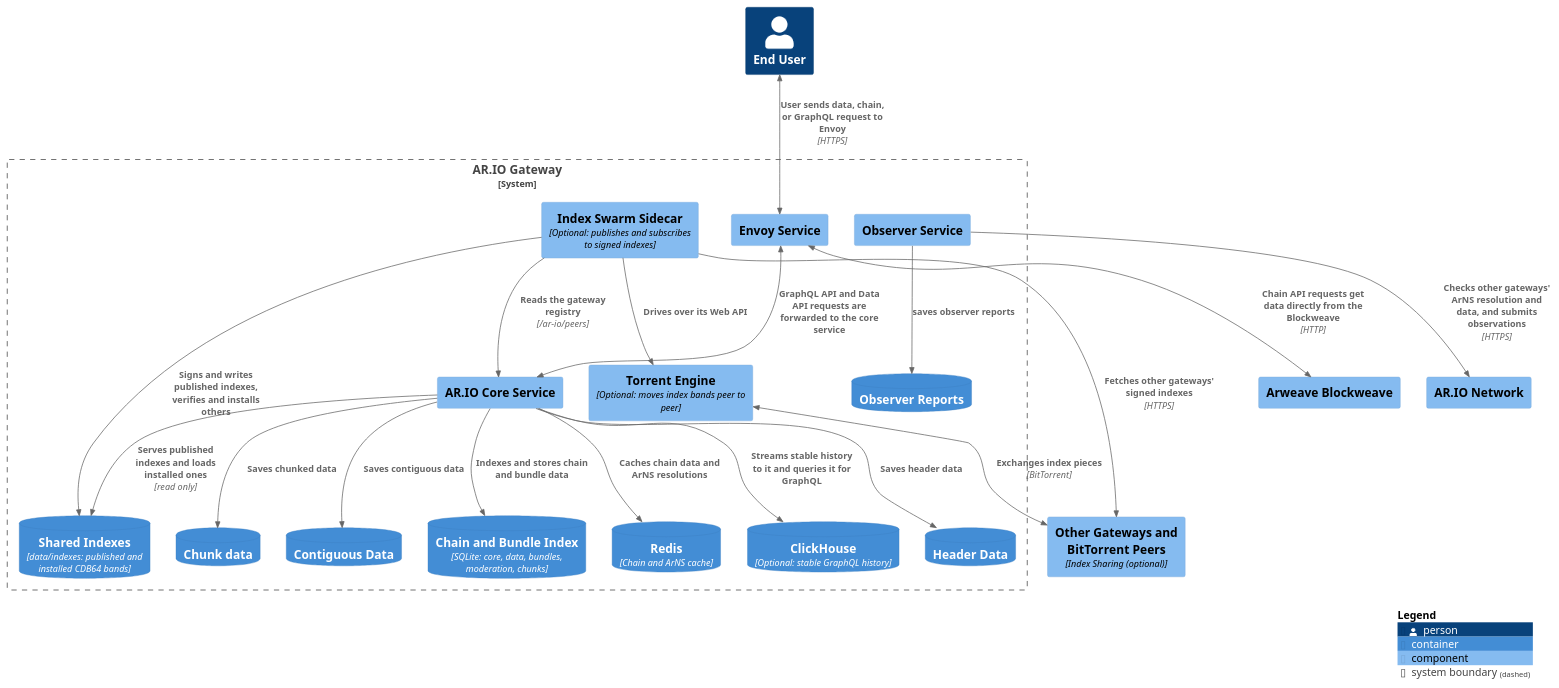
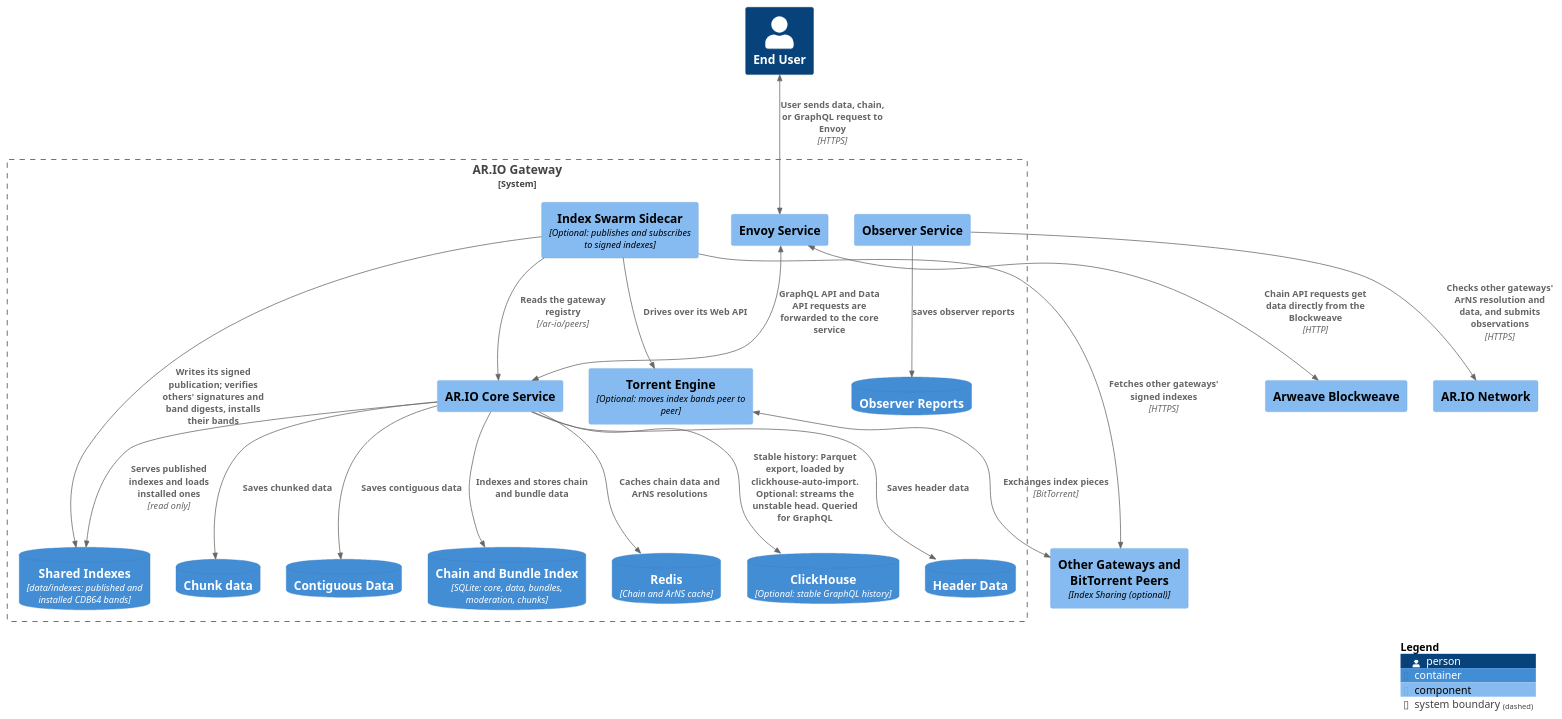
The diagram in docs/diagrams/src/Gateway.puml (ar-io/ar-io-node), drawn with PlantUML before and after one commit. The commit also changed 1 other file, not shown here.

Commit message:
docs(diagrams): say how ClickHouse is fed, and what the sidecar writes and checks
Stable history reaches ClickHouse as a Parquet export that
clickhouse-auto-import loads; the streamer, optional, carries only the
unstable head. The sidecar writes a signed publication and verifies
other publishers' signatures and band digests before installing. The
fleet diagram names the tracker's port for a direct announce.

```diff
--- a/docs/diagrams/src/Gateway.puml
+++ b/docs/diagrams/src/Gateway.puml
@@ -1,69 +1,69 @@
 @startuml Gateway
 
 
 !include ./C4_definitions/C4_Context.puml
 !include ./C4_definitions/C4_Container.puml
 !include ./C4_definitions/C4_Component.puml
 
 ' Set Layout
 LAYOUT_TOP_DOWN()
 
 
 ' Define Elements
 
 Person(user, "End User")
 Component(arweave, "Arweave Blockweave")
 Component(network, "AR.IO Network")
 
 Component(peers, "Other Gateways and BitTorrent Peers", "Index Sharing (optional)")
 
 System_Boundary(ar-io, "AR.IO Gateway"){
     Component(core, "AR.IO Core Service")
     Component(envoy, "Envoy Service")
     Component(observer, "Observer Service")
     ContainerDb(redis, "Redis", "Chain and ArNS cache")
     ContainerDb(clickhouse, "ClickHouse", "Optional: stable GraphQL history")
     Component(sidecar, "Index Swarm Sidecar", "Optional: publishes and subscribes to signed indexes")
     Component(engine, "Torrent Engine", "Optional: moves index bands peer to peer")
 
     ContainerDb(chunks, "Chunk data")
     ContainerDb(headers, "Header Data")
     ContainerDb(contiguous, "Contiguous Data")
     ContainerDb(reports, "Observer Reports")
     ContainerDb(index, "Chain and Bundle Index", "SQLite: core, data, bundles, moderation, chunks")
     ContainerDb(indexes, "Shared Indexes", "data/indexes: published and installed CDB64 bands")
 }
 
 ' Relationships
 BiRel(user, envoy, "User sends data, chain, or GraphQL request to Envoy", "HTTPS" )
 BiRel(envoy, arweave, "Chain API requests get data directly from the Blockweave", "HTTP")
 BiRel(envoy, core, "GraphQL API and Data API requests are forwarded to the core service")
 
 
 Rel(core, index, "Indexes and stores chain and bundle data")
 Rel(core, chunks, "Saves chunked data")
 Rel(core, headers, "Saves header data")
 Rel(core, contiguous, "Saves contiguous data")
 
 Rel(core, redis, "Caches chain data and ArNS resolutions")
-Rel(core, clickhouse, "Streams stable history to it and queries it for GraphQL")
+Rel(core, clickhouse, "Stable history: Parquet export, loaded by clickhouse-auto-import. Optional: streams the unstable head. Queried for GraphQL")
 Rel(core, indexes, "Serves published indexes and loads installed ones", "read only")
 
-Rel(sidecar, indexes, "Signs and writes published indexes, verifies and installs others")
+Rel(sidecar, indexes, "Writes its signed publication; verifies others' signatures and band digests, installs their bands")
 Rel(sidecar, core, "Reads the gateway registry", "/ar-io/peers")
 Rel(sidecar, peers, "Fetches other gateways' signed indexes", "HTTPS")
 Rel(sidecar, engine, "Drives over its Web API")
 BiRel(engine, peers, "Exchanges index pieces", "BitTorrent")
 
 Rel(observer, reports, "saves observer reports")
 Rel(observer, network, "Checks other gateways' ArNS resolution and data, and submits observations", "HTTPS")
 
 ' Layout hints: keep the index-sharing pieces together on the left
 Lay_Right(sidecar, observer)
 Lay_Down(sidecar, engine)
 Lay_Left(indexes, chunks)
 
 ' Legend
 SHOW_LEGEND()
 
 @enduml
```
